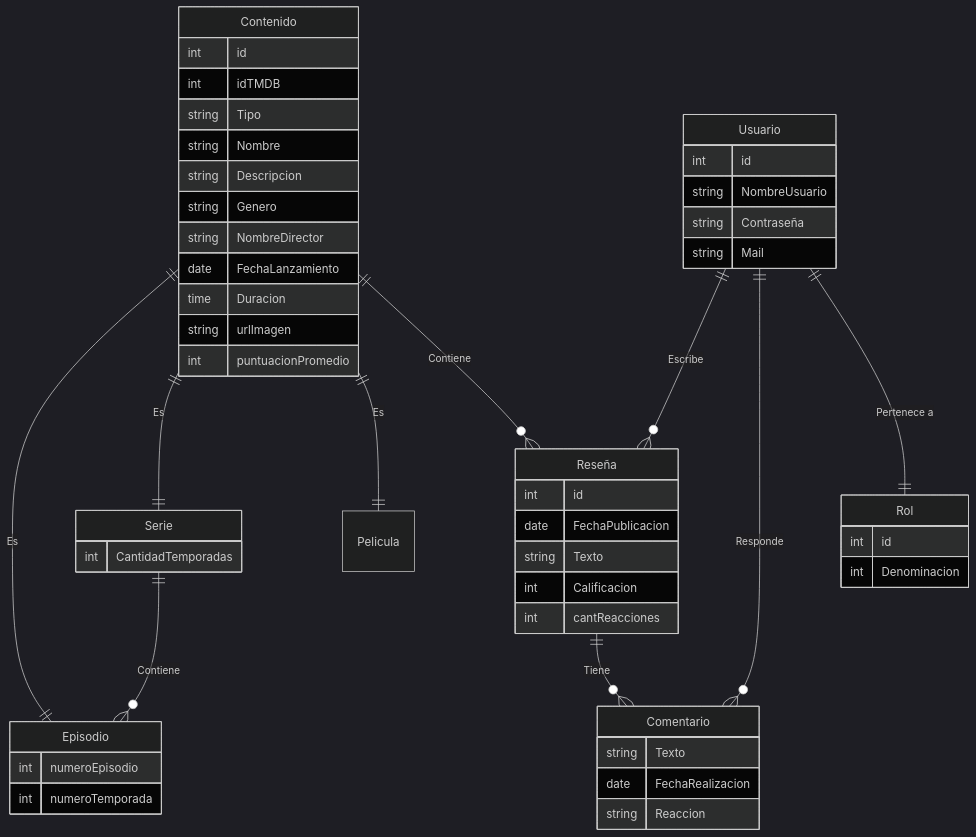
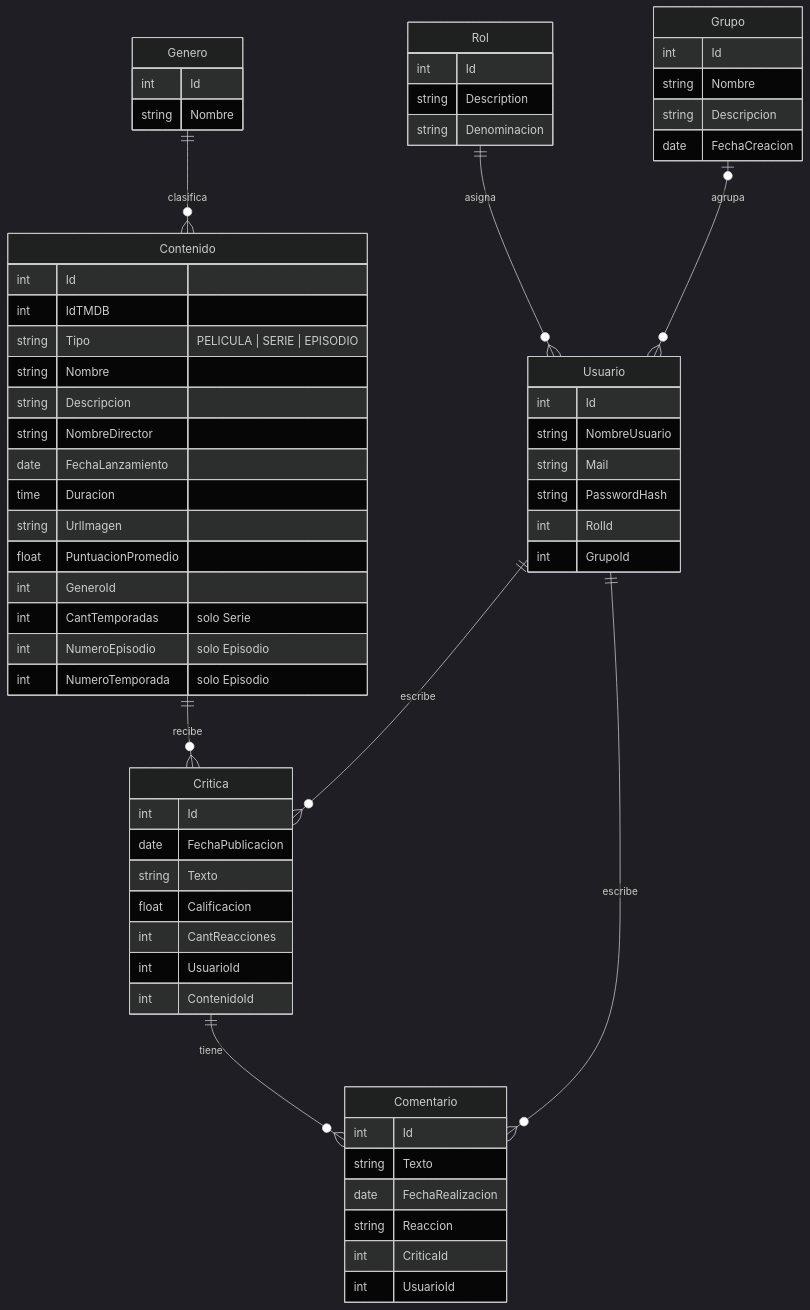
One commit to MarthQ/calificar-peliculas-net changed the second of 2 diagrams in README.md. Above: the diagram before and after it, drawn with Mermaid (dark theme). The commit also changed other lines of this file and 38 other files, not shown here.

````diff
--- a/README.md
+++ b/README.md
@@ -14,66 +44,67 @@
 ```mermaid
 erDiagram
-    Contenido ||--|| Episodio : "Es"
-    Contenido ||--|| Serie : "Es"
-    Contenido ||--|| Pelicula : "Es"
-    Contenido ||--o{ Reseña : Contiene
-    Reseña ||--o{ Comentario : Tiene
-    Usuario ||--o{ Reseña : Escribe
-    Usuario ||--o{ Comentario : Responde
-    Usuario ||--|| Rol : "Pertenece a"
-    Serie ||--o{ Episodio : "Contiene"
+    Genero ||--o{ Contenido : clasifica
+    Contenido ||--o{ Critica : recibe
+    Usuario ||--o{ Critica : escribe
+    Critica ||--o{ Comentario : tiene
+    Usuario ||--o{ Comentario : escribe
+    Rol ||--o{ Usuario : asigna
+    Grupo |o--o{ Usuario : agrupa
 
-
-Contenido{
-    int id
-    int idTMDB
-    string Tipo
-    %% La ID del contenido en la API
-    string Nombre
-    string Descripcion
-    string Genero
-    string NombreDirector
-    date FechaLanzamiento
-    time Duracion
-    string urlImagen
-    int puntuacionPromedio
-}
-
-Reseña{
-    int id
-    date FechaPublicacion
-    string Texto
-    int Calificacion
-    int cantReacciones
-}
-
-Usuario{
-    int id
-    string NombreUsuario
-    string Contraseña
-    string Mail
-}
-
-Rol {
-    int id
-    int Denominacion
-}
-
-Comentario {
-    string Texto
-    date FechaRealizacion
-    string Reaccion
-}
-
-Serie {
-    int CantidadTemporadas
-}
-
-Pelicula {
-}
-
-Episodio {
-    int numeroEpisodio
-    int numeroTemporada
-}
+    Contenido {
+        int Id
+        int IdTMDB
+        string Tipo "PELICULA | SERIE | EPISODIO"
+        string Nombre
+        string Descripcion
+        string NombreDirector
+        date FechaLanzamiento
+        time Duracion
+        string UrlImagen
+        float PuntuacionPromedio
+        int GeneroId
+        int CantTemporadas "solo Serie"
+        int NumeroEpisodio "solo Episodio"
+        int NumeroTemporada "solo Episodio"
+    }
+    Genero {
+        int Id
+        string Nombre
+    }
+    Critica {
+        int Id
+        date FechaPublicacion
+        string Texto
+        float Calificacion
+        int CantReacciones
+        int UsuarioId
+        int ContenidoId
+    }
+    Comentario {
+        int Id
+        string Texto
+        date FechaRealizacion
+        string Reaccion
+        int CriticaId
+        int UsuarioId
+    }
+    Usuario {
+        int Id
+        string NombreUsuario
+        string Mail
+        string PasswordHash
+        int RolId
+        int GrupoId
+    }
+    Rol {
+        int Id
+        string Description
+        string Denominacion
+    }
+    Grupo {
+        int Id
+        string Nombre
+        string Descripcion
+        date FechaCreacion
+    }
 ```
````
